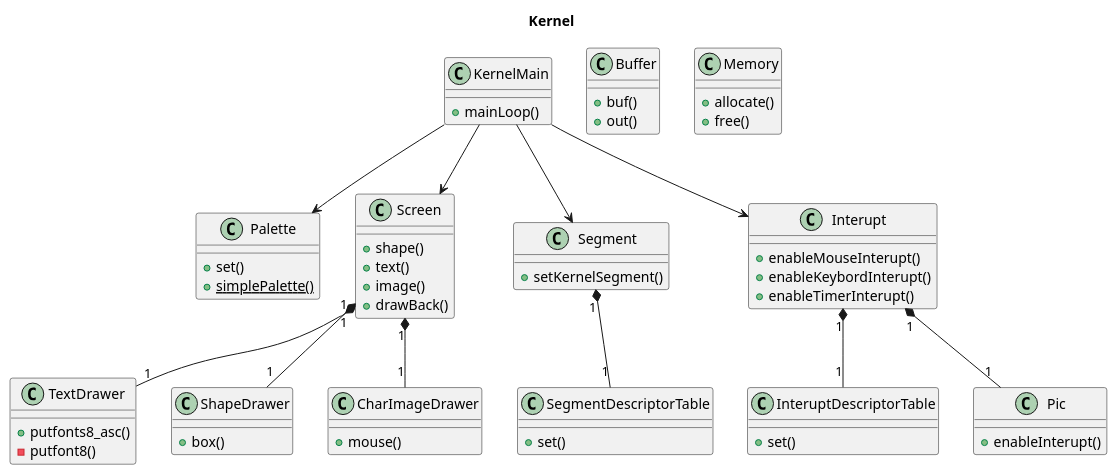
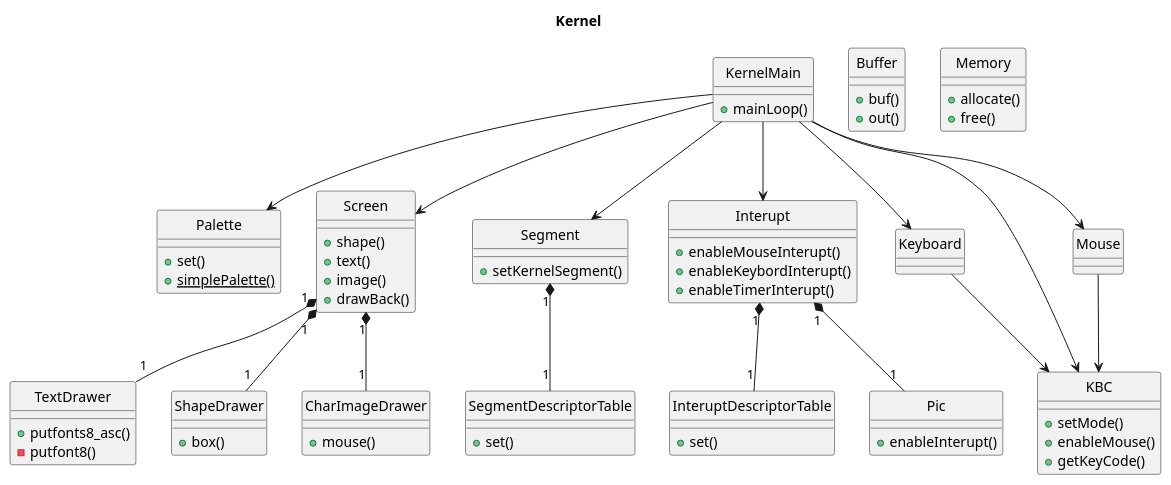
Before and after one commit to takowasaby/kaOS: the diagram in doc/diagrams/src/overview.wsd, drawn with PlantUML. The commit also changed 21 other files, not shown here.

```diff
--- a/doc/diagrams/src/overview.wsd
+++ b/doc/diagrams/src/overview.wsd
@@ -1,77 +1,98 @@
 @startuml
 
 title Kernel
+
+hide circle
 
 class KernelMain {
     +mainLoop()
 }
 
 class Buffer {
     +buf()
     +out()
 }
 
 class Memory {
     +allocate()
     +free()
 }
 
 class Palette {
     +set()
     {static}+simplePalette()
 }
 
 class Screen {
     +shape()
     +text()
     +image()
     +drawBack()
 }
 
 class TextDrawer {
     +putfonts8_asc()
     -putfont8()
 }
 
 class ShapeDrawer {
     +box()
 }
 
 class CharImageDrawer {
     +mouse()
 }
 
 class Segment {
     +setKernelSegment()
 }
 
 class SegmentDescriptorTable {
     +set()
 }
 
 class Interupt {
     +enableMouseInterupt()
     +enableKeybordInterupt()
     +enableTimerInterupt()
 }
 
 class InteruptDescriptorTable {
     +set()
 }
 
 class Pic {
     +enableInterupt()
 }
 
+class Keyboard {
+    
+}
+
+class KBC {
+    +setMode()
+    +enableMouse()
+    +getKeyCode()
+}
+
+class Mouse {
+
+}
+
 KernelMain --> Screen
 KernelMain --> Palette
 KernelMain --> Segment
 KernelMain --> Interupt
+KernelMain --> Keyboard
+KernelMain --> Mouse
+KernelMain --> KBC
+Mouse --> KBC
+Keyboard --> KBC
 Screen "1" *-- "1" TextDrawer
 Screen "1" *-- "1" ShapeDrawer
 Screen "1" *-- "1" CharImageDrawer
 Interupt "1" *-- "1" Pic
 Segment "1" *-- "1" SegmentDescriptorTable
 Interupt "1" *-- "1" InteruptDescriptorTable
 
 @enduml
```
